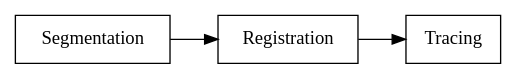
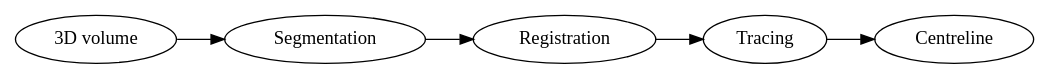
The diagram in gfx/matlab-call-graph/high-level.dot (CBL-ORION/orion-zmughal-ms-thesis), drawn with Graphviz before and after one commit. The commit also changed 4 other files, not shown here.

```diff
--- a/gfx/matlab-call-graph/high-level.dot
+++ b/gfx/matlab-call-graph/high-level.dot
@@ -1,5 +1,15 @@
 digraph Main {
 	rankdir=LR;
-	node [shape = box];
-	Segmentation -> Registration -> Tracing;
+	graph [mindist=0.5];
+	proc_seg [label="Segmentation" style = "process"];
+	proc_reg [label="Registration" style = "process"];
+	proc_trace [label="Tracing" style = "process"];
+
+	data_vol [label="3D volume" style = "data"];
+	data_centerline [label="Centreline" style = "data"]
+
+	proc_seg -> proc_reg -> proc_trace;
+
+	data_vol -> proc_seg;
+	proc_trace -> data_centerline;
 }
```
